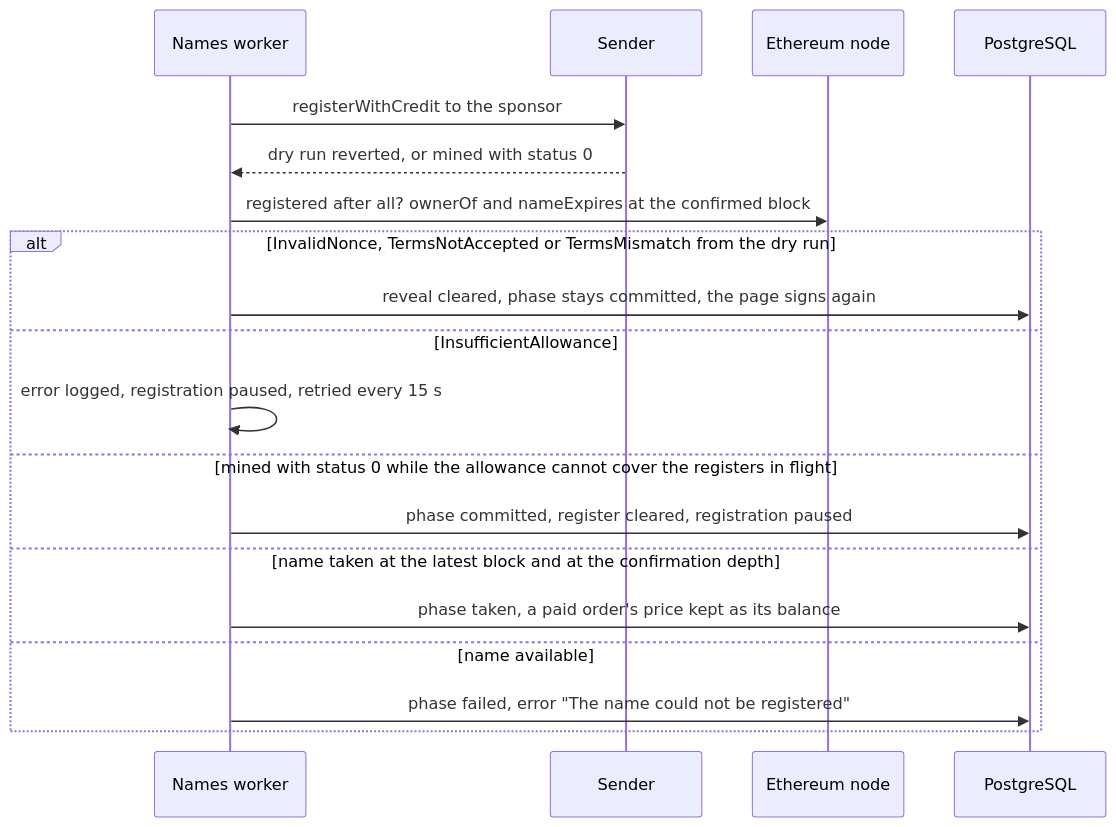
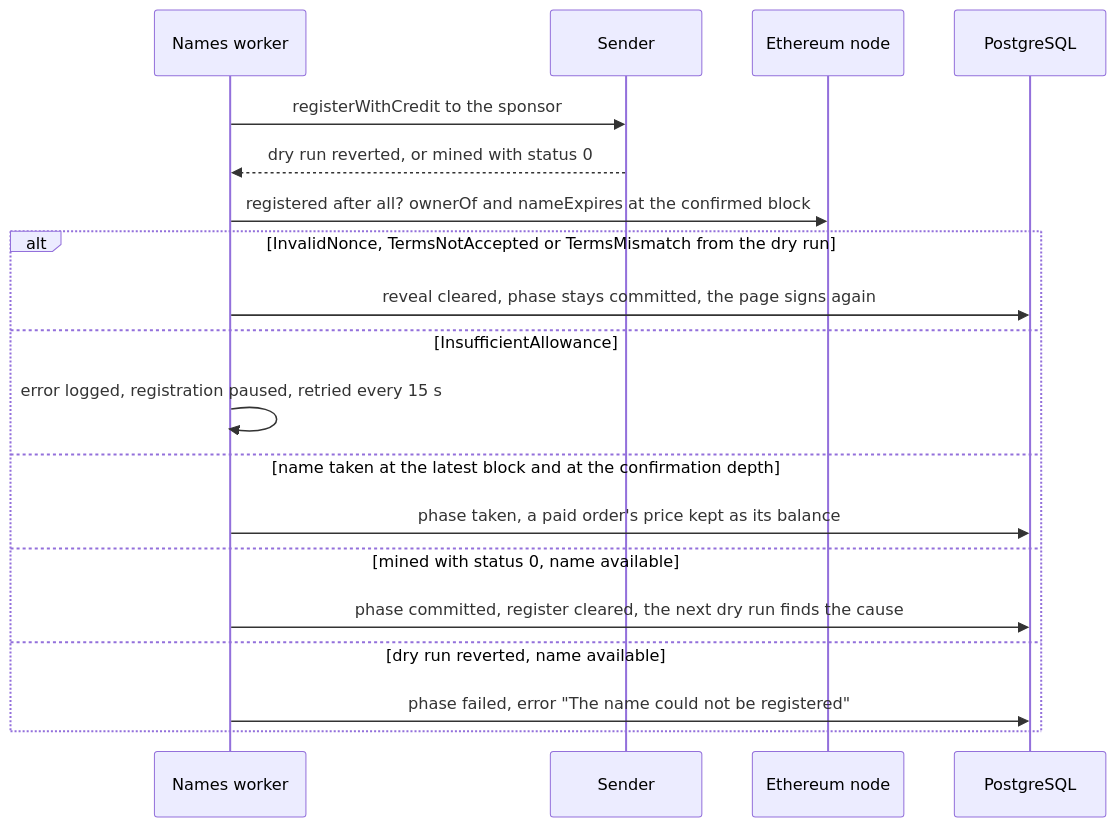
One commit to simplex-chat/simplex-chat changed the sixth of 13 diagrams in apps/simplex-store-service/docs/names.md. Above: the diagram before and after it, drawn with Mermaid. The commit also changed other lines of this file and 7 other files, not shown here.

Commit message:
store: recommit only mined register reverts, read allowance at depth

````diff
--- a/apps/simplex-store-service/docs/names.md
+++ b/apps/simplex-store-service/docs/names.md
@@ -338,21 +338,21 @@
 ```mermaid
 sequenceDiagram
   participant K as Names worker
   participant S as Sender
   participant E as Ethereum node
   participant D as PostgreSQL
   K->>S: registerWithCredit to the sponsor
   S-->>K: dry run reverted, or mined with status 0
   K->>E: registered after all? ownerOf and nameExpires at the confirmed block
   alt InvalidNonce, TermsNotAccepted or TermsMismatch from the dry run
     K->>D: reveal cleared, phase stays committed, the page signs again
   else InsufficientAllowance
     K->>K: error logged, registration paused, retried every 15 s
-  else mined with status 0 while the allowance cannot cover the registers in flight
-    K->>D: phase committed, register cleared, registration paused
   else name taken at the latest block and at the confirmation depth
     K->>D: phase taken, a paid order's price kept as its balance
-  else name available
+  else mined with status 0, name available
+    K->>D: phase committed, register cleared, the next dry run finds the cause
+  else dry run reverted, name available
     K->>D: phase failed, error "The name could not be registered"
   end
 ```
````
